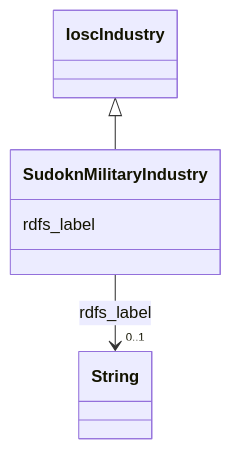
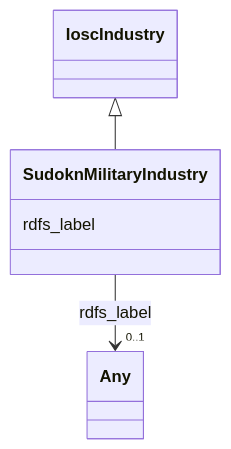
The diagram in sudokn-kg/classes/SudoknMilitaryIndustry.md (frink-okn/graph-descriptions), drawn with Mermaid before and after one commit. The commit also changed other lines of this file and 903 other files, not shown here.

````diff
--- a/sudokn-kg/classes/SudoknMilitaryIndustry.md
+++ b/sudokn-kg/classes/SudoknMilitaryIndustry.md
@@ -23,18 +18,18 @@
 ```mermaid
  classDiagram
     class SudoknMilitaryIndustry
     click SudoknMilitaryIndustry href "../SudoknMilitaryIndustry"
       IoscIndustry <|-- SudoknMilitaryIndustry
         click IoscIndustry href "../IoscIndustry"
       
       SudoknMilitaryIndustry : rdfs_label
         
           
     
     
-    SudoknMilitaryIndustry --> "0..1" String : rdfs_label
-    click String href "../String"
+    SudoknMilitaryIndustry --> "0..1" Any : rdfs_label
+    click Any href "../Any"
 
         
       
 ```
````
